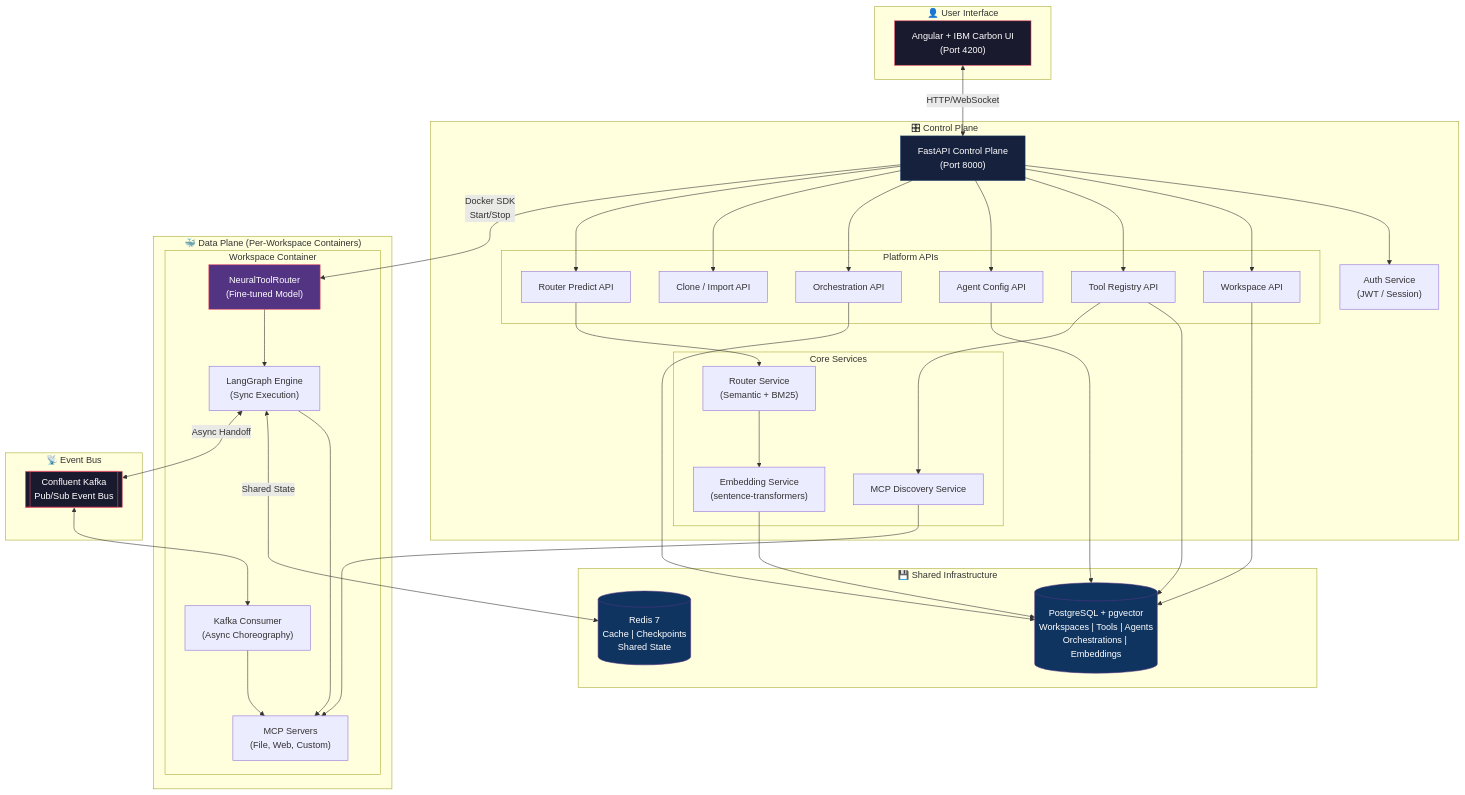
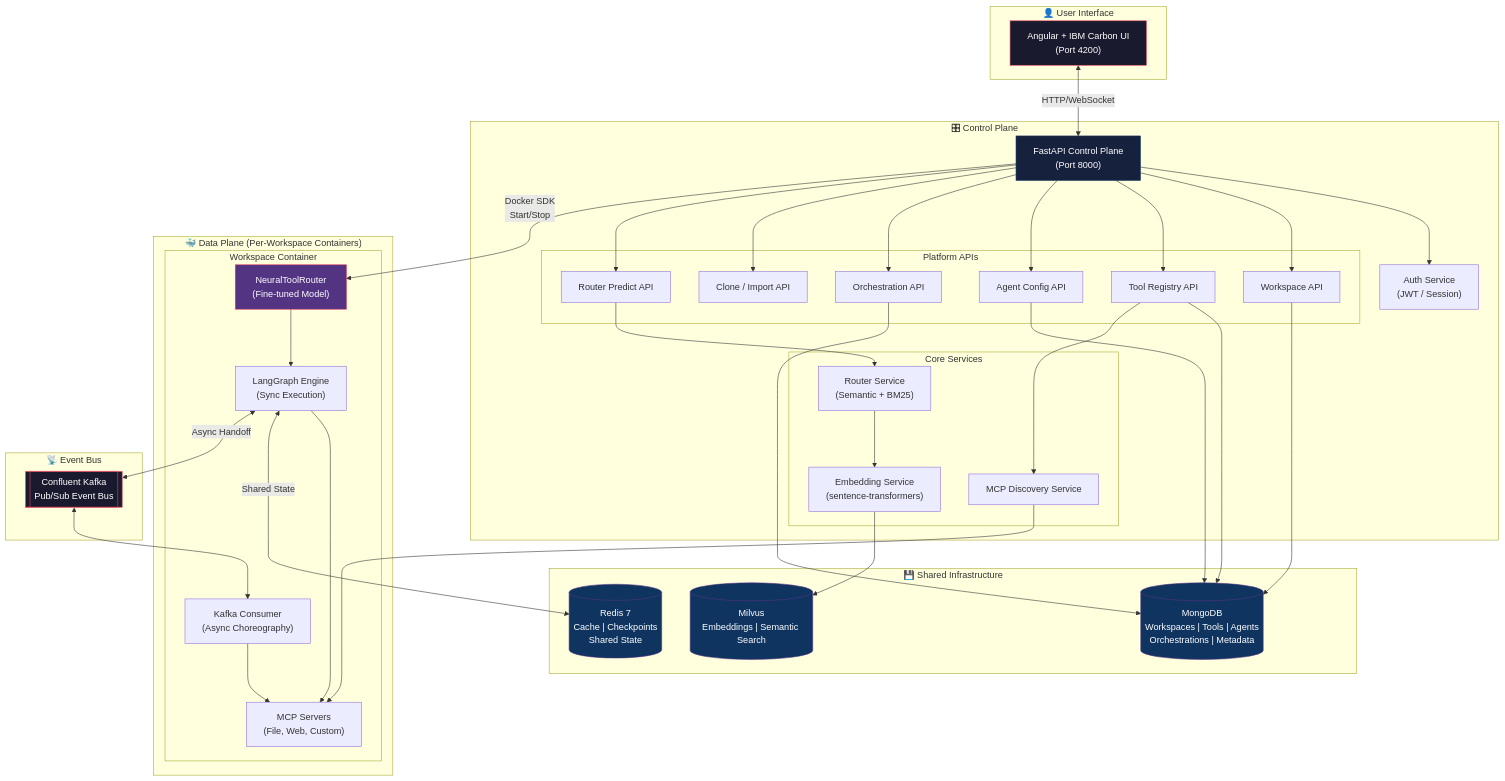
The first of 5 diagrams in README.md (sinny777/synapse-forge), drawn with Mermaid before and after one commit. The commit also changed other lines of this file and 33 other files, not shown here.

````diff
--- a/README.md
+++ b/README.md
@@ -68,69 +68,71 @@
 ```mermaid
 graph TB
     subgraph "👤 User Interface"
         UI["Angular + IBM Carbon UI<br/>(Port 4200)"]
     end
 
     subgraph "🎛 Control Plane"
         API["FastAPI Control Plane<br/>(Port 8000)"]
         AUTH["Auth Service<br/>(JWT / Session)"]
 
         subgraph "Platform APIs"
             WS_API["Workspace API"]
             TOOL_API["Tool Registry API"]
             AGENT_API["Agent Config API"]
             ORCH_API["Orchestration API"]
             CLONE_API["Clone / Import API"]
             ROUTER_API["Router Predict API"]
         end
 
         subgraph "Core Services"
             EMBED["Embedding Service<br/>(sentence-transformers)"]
             MCP_SVC["MCP Discovery Service"]
             ROUTER_SVC["Router Service<br/>(Semantic + BM25)"]
         end
     end
 
     subgraph "💾 Shared Infrastructure"
-        PG[("PostgreSQL + pgvector<br/>Workspaces | Tools | Agents<br/>Orchestrations | Embeddings")]
+        MONGO[("MongoDB<br/>Workspaces | Tools | Agents<br/>Orchestrations | Metadata")]
+        MILVUS[("Milvus<br/>Embeddings | Semantic Search")]
         REDIS[("Redis 7<br/>Cache | Checkpoints<br/>Shared State")]
     end
 
     subgraph "🐳 Data Plane (Per-Workspace Containers)"
         subgraph "Workspace Container"
             NTR["NeuralToolRouter<br/>(Fine-tuned Model)"]
             LG["LangGraph Engine<br/>(Sync Execution)"]
             KAFKA_C["Kafka Consumer<br/>(Async Choreography)"]
             MCP_SERVERS["MCP Servers<br/>(File, Web, Custom)"]
         end
     end
 
     subgraph "📡 Event Bus"
         KAFKA[["Confluent Kafka<br/>Pub/Sub Event Bus"]]
     end
 
     UI <-->|"HTTP/WebSocket"| API
     API --> AUTH
     API --> WS_API & TOOL_API & AGENT_API & ORCH_API & CLONE_API & ROUTER_API
-    WS_API & TOOL_API & AGENT_API & ORCH_API --> PG
+    WS_API & TOOL_API & AGENT_API & ORCH_API --> MONGO
     ROUTER_API --> ROUTER_SVC
     TOOL_API --> MCP_SVC
     ROUTER_SVC --> EMBED
-    EMBED --> PG
+    EMBED --> MILVUS
     MCP_SVC --> MCP_SERVERS
 
     API -->|"Docker SDK<br/>Start/Stop"| NTR
     NTR --> LG
     LG --> MCP_SERVERS
     LG <-->|"Shared State"| REDIS
     LG <-->|"Async Handoff"| KAFKA
     KAFKA <--> KAFKA_C
     KAFKA_C --> MCP_SERVERS
 
     style UI fill:#1a1a2e,stroke:#e94560,color:#fff
     style API fill:#16213e,stroke:#0f3460,color:#fff
-    style PG fill:#0f3460,stroke:#533483,color:#fff
+    style MONGO fill:#0f3460,stroke:#533483,color:#fff
+    style MILVUS fill:#0f3460,stroke:#533483,color:#fff
     style REDIS fill:#0f3460,stroke:#533483,color:#fff
     style NTR fill:#533483,stroke:#e94560,color:#fff
     style KAFKA fill:#1a1a2e,stroke:#e94560,color:#fff
 ```
````
